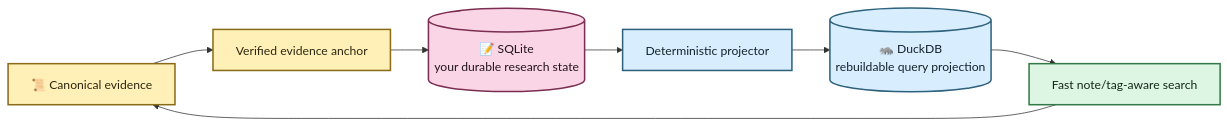
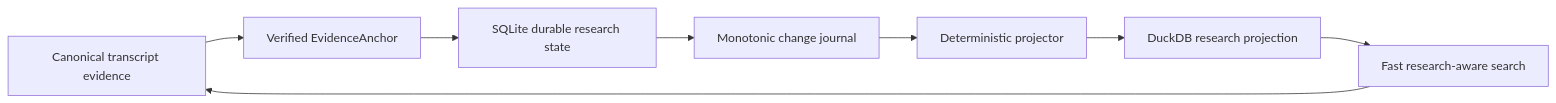
The diagram in docs/research-notes.md (SSD1805/EchoFlow), drawn with Mermaid before and after one commit. The commit also changed other lines of this file, not shown here.

Commit message:
docs: refresh research notebook guide

````diff
--- a/docs/research-notes.md
+++ b/docs/research-notes.md
@@ -27,19 +26,10 @@
 ```mermaid
 flowchart LR
-    E[📜 Canonical evidence] --> A[Verified evidence anchor]
-    A --> S[(📝 SQLite\nyour durable research state)]
-    S --> P[Deterministic projector]
-    P --> D[(🦝 DuckDB\nrebuildable query projection)]
-    D --> Q[Fast note/tag-aware search]
-    Q --> E
-
-    classDef evidence fill:#FFF0B8,stroke:#8A6B18,stroke-width:2px,color:#2C260F
-    classDef durable fill:#F9D5E5,stroke:#7B2E52,stroke-width:2px,color:#22151B
-    classDef derived fill:#D8EEFF,stroke:#2E617B,stroke-width:2px,color:#12222A
-    classDef result fill:#DDF5E3,stroke:#347A46,stroke-width:2px,color:#142719
-
-    class E,A evidence
-    class S durable
-    class P,D derived
-    class Q result
+    A[Canonical transcript evidence] --> B[Verified EvidenceAnchor]
+    B --> C[SQLite durable research state]
+    C --> D[Monotonic change journal]
+    D --> E[Deterministic projector]
+    E --> F[DuckDB research projection]
+    F --> G[Fast research-aware search]
+    G --> A
 ```
````
